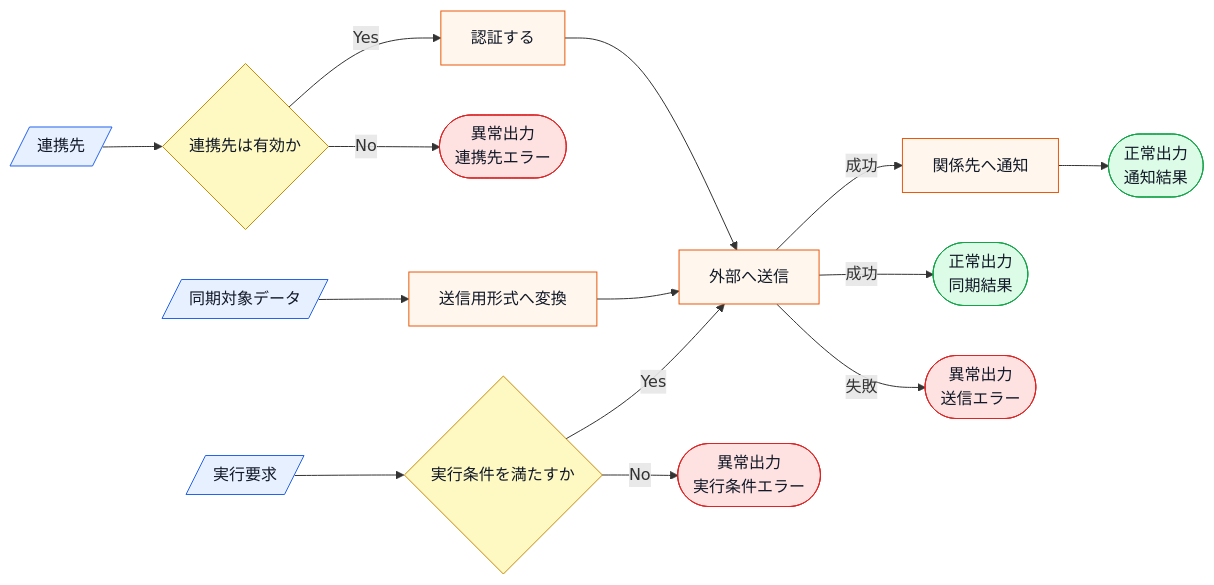
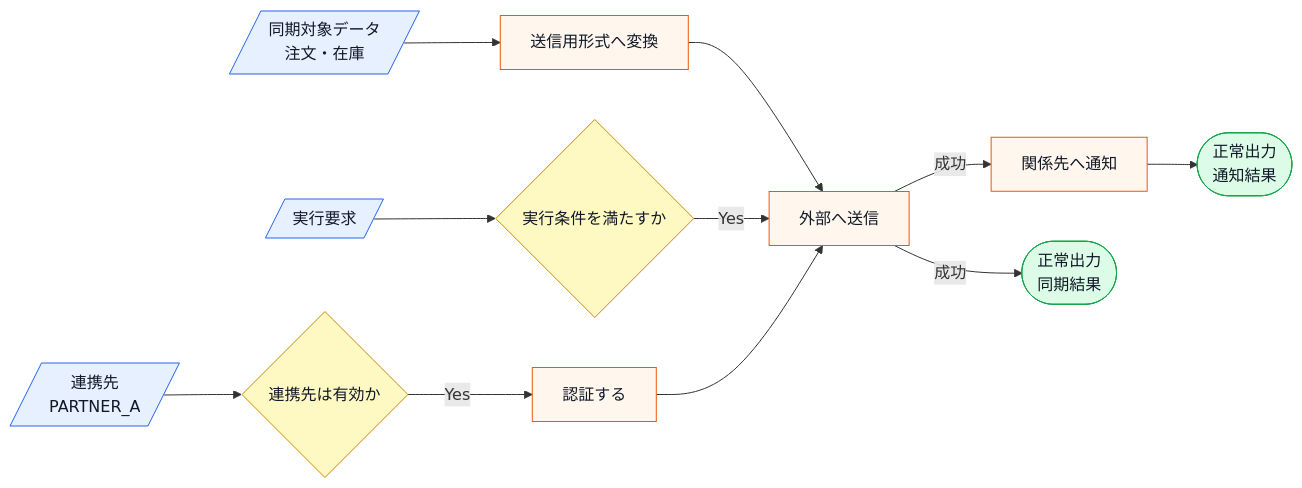
Before and after one commit to kumachan1101-pixel/DesignPattern: the second of 8 diagrams in kindle/design-patterns/output/chapter10.md, drawn with Mermaid. The commit also changed other lines of this file and 11 other files, not shown here.

Commit message:
docs: 残タスクの仕様図と外部境界を全章反映

````diff
--- a/kindle/design-patterns/output/chapter10.md
+++ b/kindle/design-patterns/output/chapter10.md
@@ -44,22 +67,18 @@
 ```mermaid
 flowchart LR
-    A[/連携先/]:::input --> B{連携先は有効か}:::decision
-    C[/同期対象データ/]:::input --> D[送信用形式へ変換]:::process
+    A[/連携先<br>PARTNER_A/]:::input --> B{連携先は有効か}:::decision
+    C[/同期対象データ<br>注文・在庫/]:::input --> D[送信用形式へ変換]:::process
     E[/実行要求/]:::input --> F{実行条件を満たすか}:::decision
     B -->|Yes| G[認証する]:::process
     D --> H[外部へ送信]:::process
     F -->|Yes| H
     G --> H
     H -->|成功| I[関係先へ通知]:::process
     H -->|成功| J([正常出力<br>同期結果]):::normal
     I --> K([正常出力<br>通知結果]):::normal
-    B -->|No| L([異常出力<br>連携先エラー]):::error
-    F -->|No| M([異常出力<br>実行条件エラー]):::error
-    H -->|失敗| N([異常出力<br>送信エラー]):::error
 
     classDef input fill:#e7f0ff,stroke:#2563eb,color:#111827;
     classDef process fill:#fff7ed,stroke:#ea580c,color:#111827;
     classDef decision fill:#fef9c3,stroke:#ca8a04,color:#111827;
     classDef normal fill:#dcfce7,stroke:#16a34a,color:#111827;
-    classDef error fill:#fee2e2,stroke:#dc2626,color:#111827;
 ```
````
